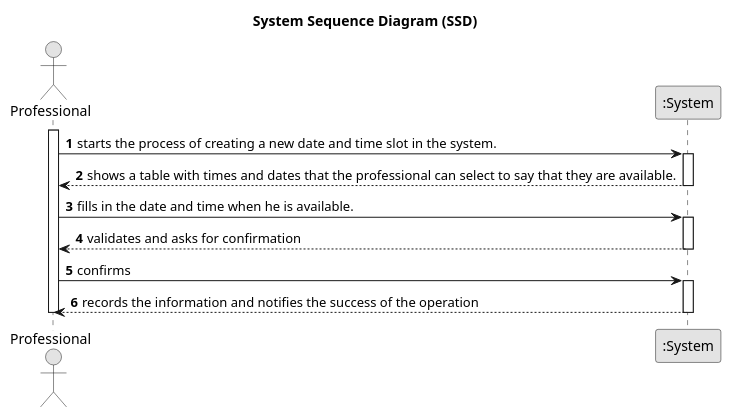
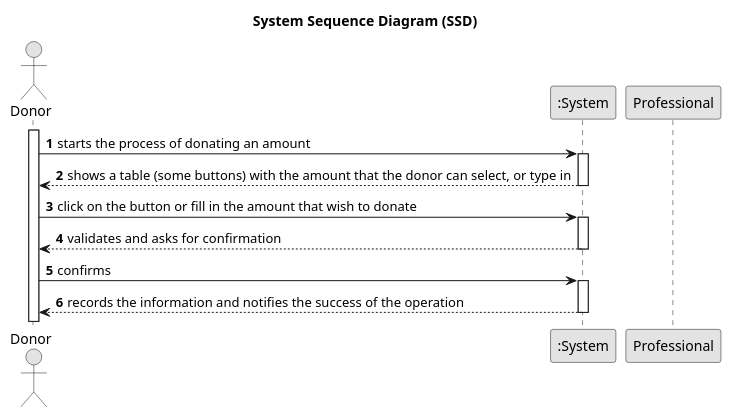
The diagram in javaSprint2GladlyGiven/Docs/UseCases/uc018/us018-SSD.puml (tbarracha/Upskill-Sprint-2-Gladly-Given), drawn with PlantUML before and after one commit. The commit also changed 15 other files, not shown here.

```diff
--- a/javaSprint2GladlyGiven/Docs/UseCases/uc018/us018-SSD.puml
+++ b/javaSprint2GladlyGiven/Docs/UseCases/uc018/us018-SSD.puml
@@ -1,30 +1,30 @@
 @startuml
 skinparam monochrome true
 skinparam packageStyle rectangle
 skinparam shadowing false
 
 title System Sequence Diagram (SSD)
 
 autonumber
 
-actor Professional
+actor Donor
 participant ":System" as System
 
-activate Professional
-    Professional -> System : starts the process of creating a new date and time slot in the system.
+activate Donor
+    Donor -> System : starts the process of donating an amount
     activate System
-        System --> Professional : shows a table with times and dates that the professional can select to say that they are available.
+        System --> Donor : shows a table (some buttons) with the amount that the donor can select, or type in
     deactivate System
 
-    Professional -> System : fills in the date and time when he is available.
+    Donor -> System : click on the button or fill in the amount that wish to donate
     activate System
-        System --> Professional : validates and asks for confirmation
+        System --> Donor : validates and asks for confirmation
     deactivate System
 
-    Professional -> System : confirms
+    Donor -> System : confirms
     activate System
-        System --> Professional : records the information and notifies the success of the operation
+        System --> Donor : records the information and notifies the success of the operation
     deactivate System
 deactivate Professional
 
 @enduml
```
